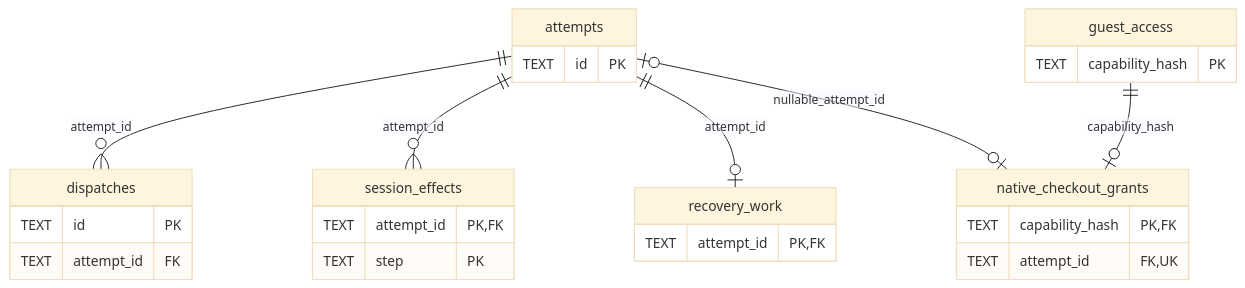
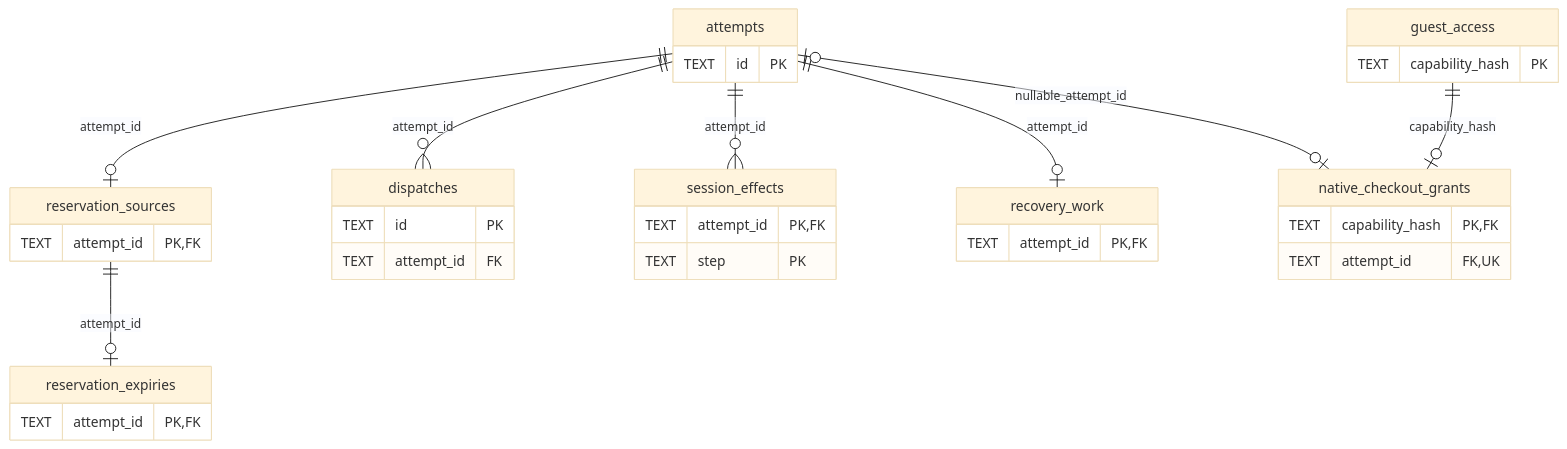
One commit to soccerbotstudiosg/soccerbotstudioSG changed the second of 8 diagrams in docs/architecture/database-schema.md. Above: the diagram before and after it, drawn with Mermaid (base theme). The commit also changed other lines of this file and 89 other files, not shown here.

````diff
--- a/docs/architecture/database-schema.md
+++ b/docs/architecture/database-schema.md
@@ -39,23 +40,27 @@
 ```mermaid
 erDiagram
+  attempts ||--o| reservation_sources : attempt_id
+  reservation_sources ||--o| reservation_expiries : attempt_id
+  reservation_sources { TEXT attempt_id PK, FK }
+  reservation_expiries { TEXT attempt_id PK, FK }
   attempts ||--o{ dispatches : attempt_id
   attempts ||--o{ session_effects : attempt_id
   attempts ||--o| recovery_work : attempt_id
   attempts o|--o| native_checkout_grants : nullable_attempt_id
   guest_access ||--o| native_checkout_grants : capability_hash
   attempts { TEXT id PK }
   guest_access { TEXT capability_hash PK }
   native_checkout_grants {
     TEXT capability_hash PK, FK
     TEXT attempt_id FK, UK
   }
   dispatches {
     TEXT id PK
     TEXT attempt_id FK
   }
   session_effects {
     TEXT attempt_id PK, FK
     TEXT step PK
   }
   recovery_work { TEXT attempt_id PK, FK }
 ```
````
